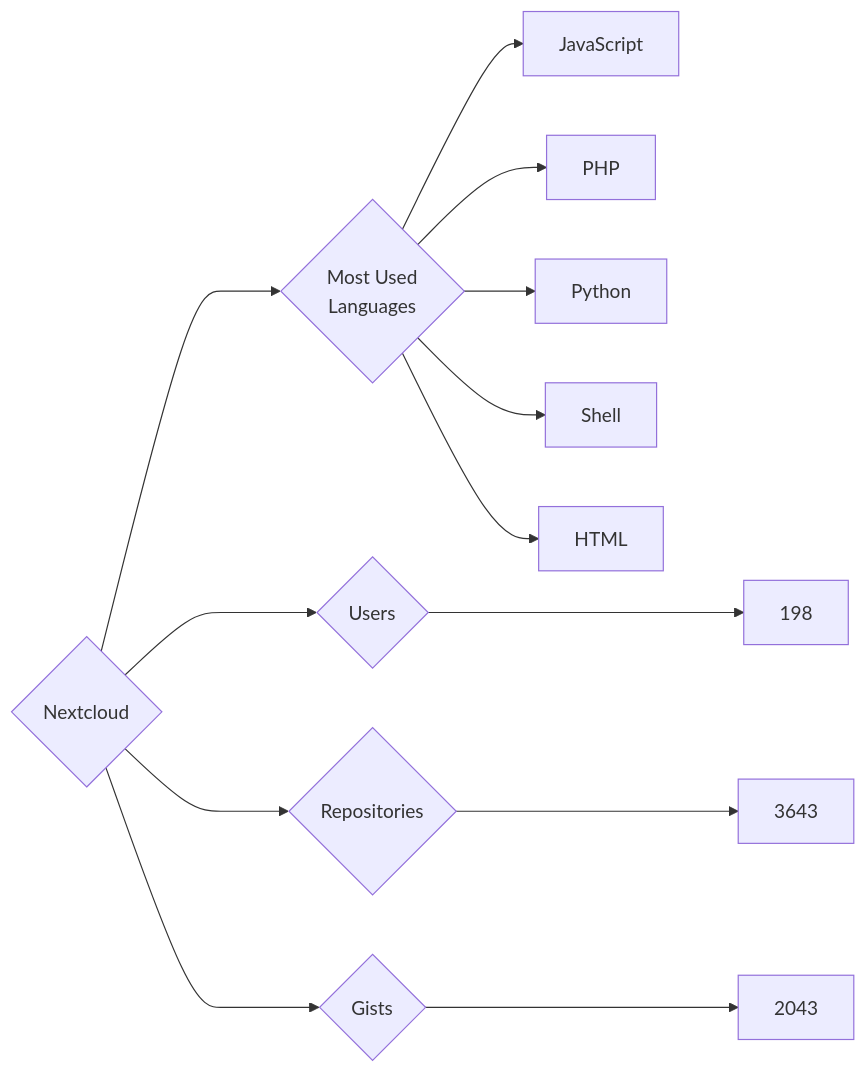
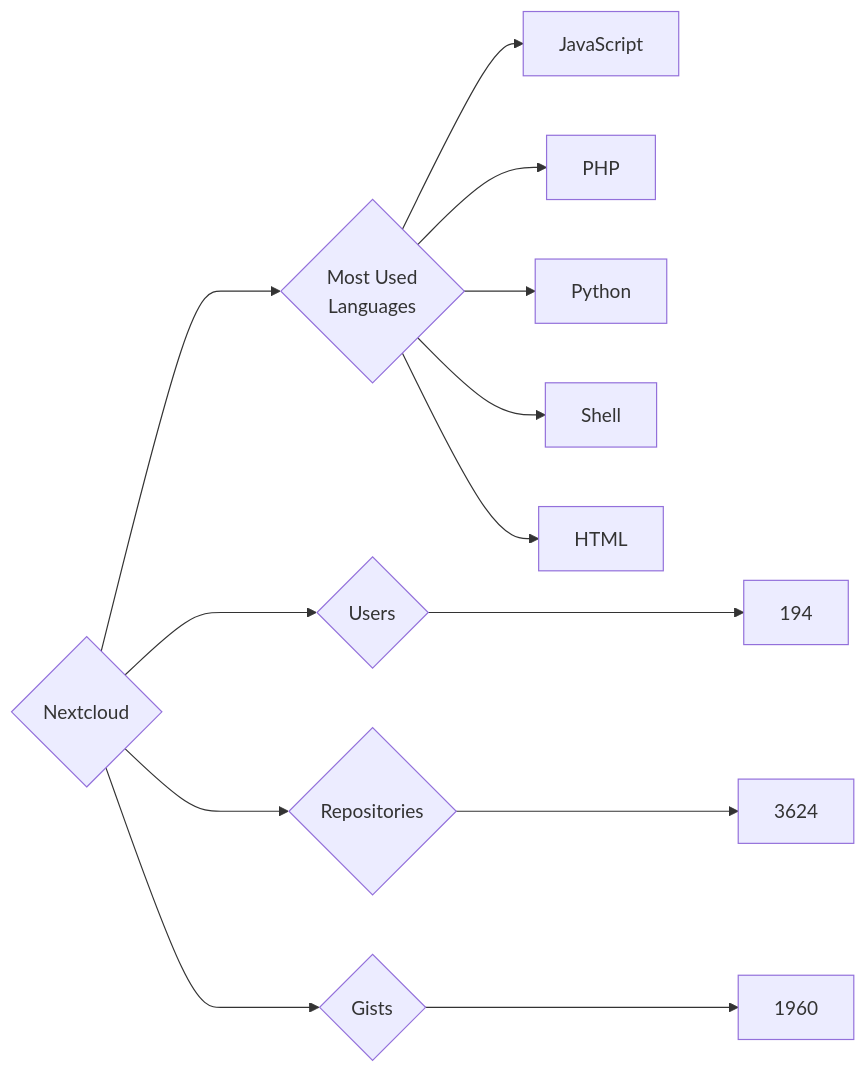
The diagram in targets/Nextcloud/README.md (trickest/insiders), drawn with Mermaid before and after one commit. The commit also changed 1479 other files, not shown here.

````diff
--- a/targets/Nextcloud/README.md
+++ b/targets/Nextcloud/README.md
@@ -3,13 +3,13 @@
 ```mermaid
 graph LR
 COMPANY_NAME{Nextcloud}
-COMPANY_NAME ---> U{Users} ---> UN[198]
-COMPANY_NAME ---> R{Repositories} ---> RN[3643]
-COMPANY_NAME ---> G{Gists} ---> GN[2043]
+COMPANY_NAME ---> U{Users} ---> UN[194]
+COMPANY_NAME ---> R{Repositories} ---> RN[3624]
+COMPANY_NAME ---> G{Gists} ---> GN[1960]
 COMPANY_NAME ---> ML{Most Used<br>Languages}
 ML --> JavaScript[JavaScript]
 ML --> PHP[PHP]
 ML --> Python[Python]
 ML --> Shell[Shell]
 ML --> HTML[HTML]
 ```
````
